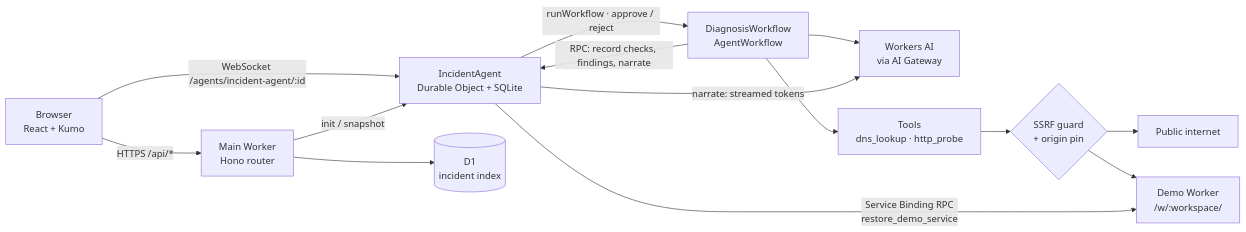
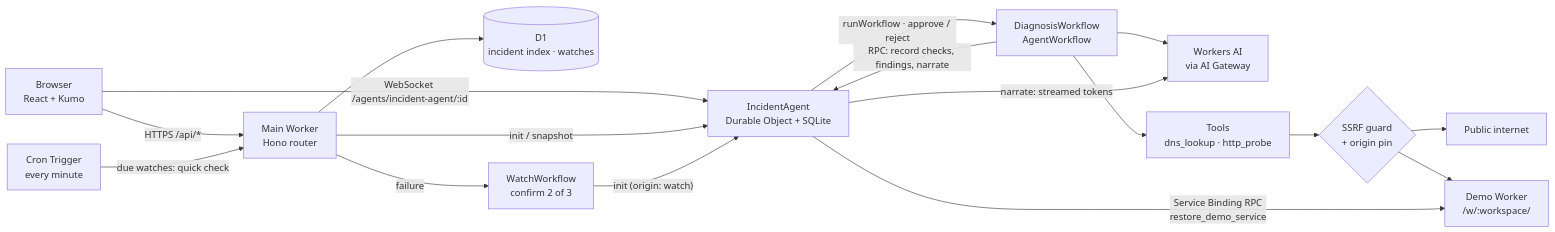
The diagram in README.md (sahilsaleem2907/cf_ai_incident_copilot), drawn with Mermaid before and after one commit. The commit also changed other lines of this file and 32 other files, not shown here.

First line of the commit message:
WP-18: watchlist, cron checks and WatchWorkflow

````diff
--- a/README.md
+++ b/README.md
@@ -36,16 +36,19 @@
 ```mermaid
 flowchart LR
   B["Browser<br/>React + Kumo"] -- "HTTPS /api/*" --> W["Main Worker<br/>Hono router"]
   B -- "WebSocket /agents/incident-agent/:id" --> A["IncidentAgent<br/>Durable Object + SQLite"]
   W -- "init / snapshot" --> A
-  W --> D1[("D1<br/>incident index")]
+  W --> D1[("D1<br/>incident index · watches")]
+  C["Cron Trigger<br/>every minute"] -- "due watches: quick check" --> W
+  W -- "failure" --> WW["WatchWorkflow<br/>confirm 2 of 3"]
+  WW -- "init (origin: watch)" --> A
   A -- "runWorkflow · approve / reject" --> F["DiagnosisWorkflow<br/>AgentWorkflow"]
   F -- "RPC: record checks, findings, narrate" --> A
   F --> AI["Workers AI<br/>via AI Gateway"]
   F --> T["Tools<br/>dns_lookup · http_probe"]
   T --> G{"SSRF guard<br/>+ origin pin"}
   G --> NET["Public internet"]
   G --> DEMO["Demo Worker<br/>/w/:workspace/"]
   A -- "Service Binding RPC<br/>restore_demo_service" --> DEMO
   A -- "narrate: streamed tokens" --> AI
 ```
````
